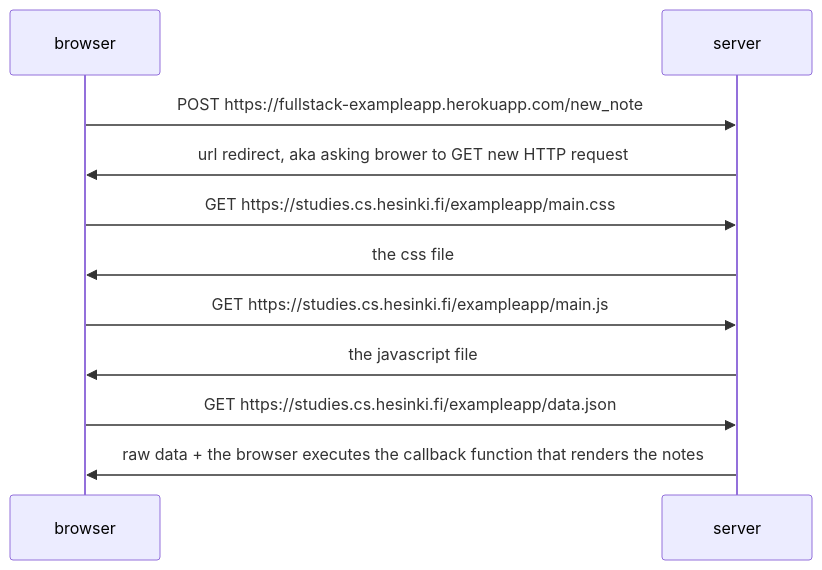
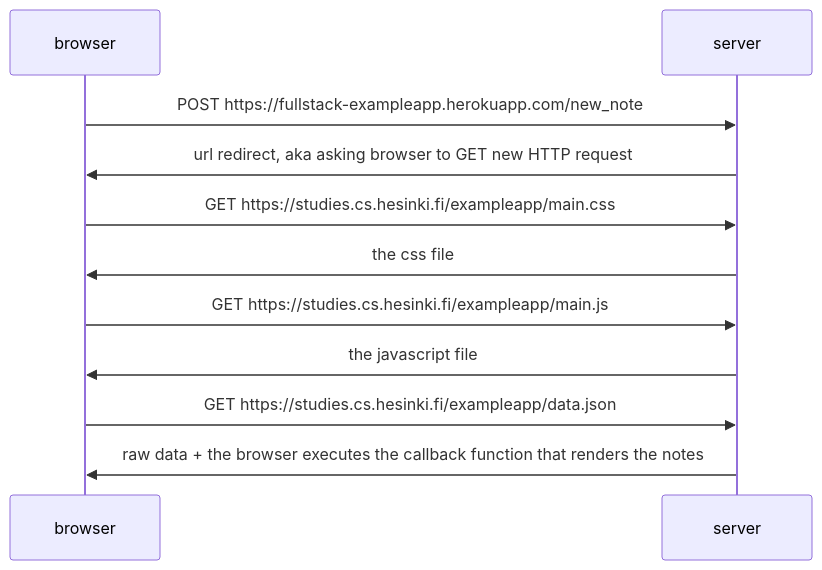
The diagram in part_0/create-new-note.md (frantic-dev/full-stack-open), drawn with Mermaid before and after one commit. The commit also changed 2 other files, not shown here.

Commit message:
create spa diagram

````diff
--- a/part_0/create-new-note.md
+++ b/part_0/create-new-note.md
@@ -1,14 +1,14 @@
 ```mermaid
 sequenceDiagram
 participant browser
 participant server
 browser ->> server: POST https://fullstack-exampleapp.herokuapp.com/new_note
-server ->> browser: url redirect, aka asking brower to GET new HTTP request
+server ->> browser: url redirect, aka asking browser to GET new HTTP request
 browser ->> server: GET https://studies.cs.hesinki.fi/exampleapp/main.css
 server ->> browser: the css file
 browser ->> server: GET https://studies.cs.hesinki.fi/exampleapp/main.js
 server ->> browser: the javascript file
 browser ->> server: GET https://studies.cs.hesinki.fi/exampleapp/data.json
 server ->> browser: raw data + the browser executes the callback function that renders the notes
 
 ```
````
